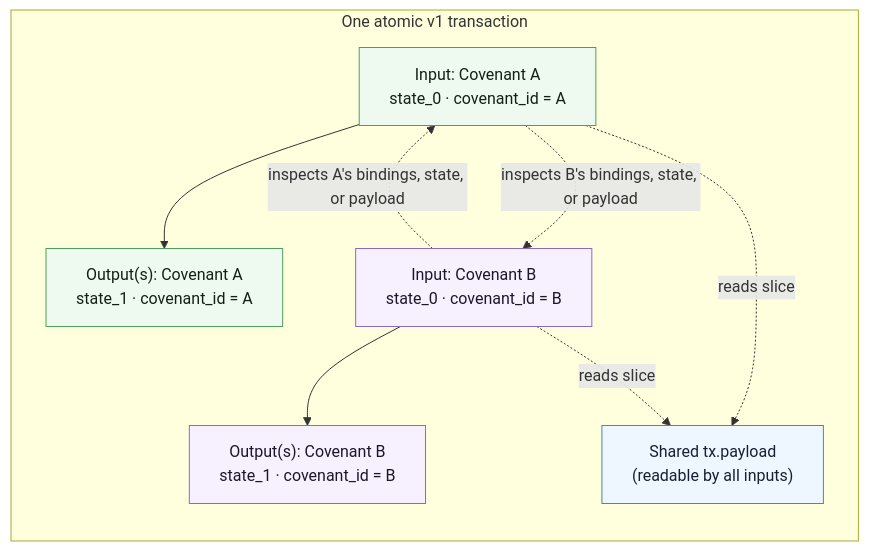
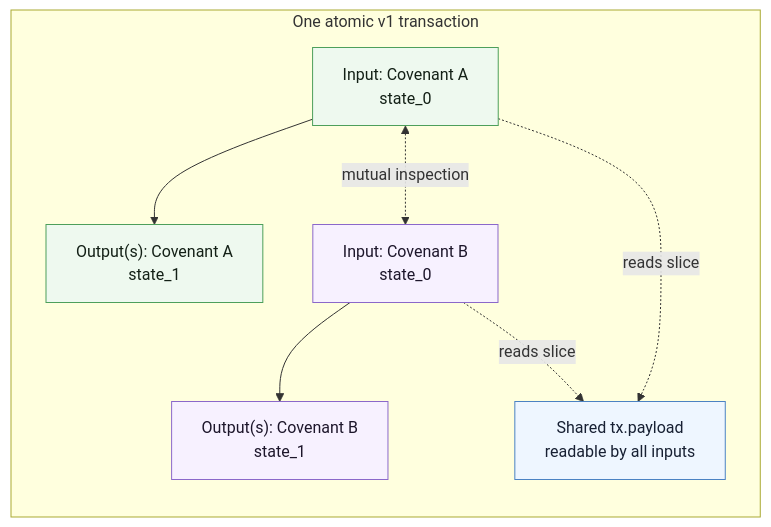
The first of 2 diagrams in content/docs/programmability/composability.mdx (kaspanet/docs), drawn with Mermaid before and after one commit.

Commit message:
Simplify ICC overview diagram labels and fix clipped inspection edge

````diff
--- a/content/docs/programmability/composability.mdx
+++ b/content/docs/programmability/composability.mdx
@@ -10,22 +10,21 @@
 ```mermaid
 flowchart TB
     classDef a fill:#eef9ef,stroke:#4d9f5b,color:#132016
     classDef b fill:#f7f1ff,stroke:#8b68ca,color:#1d162b
     classDef tx fill:#eef6ff,stroke:#4b82c3,color:#172033
 
     subgraph TX["One atomic v1 transaction"]
         direction TB
-        IA["Input: Covenant A<br/>state_0 · covenant_id = A"]:::a
-        IB["Input: Covenant B<br/>state_0 · covenant_id = B"]:::b
-        PL["Shared tx.payload<br/>(readable by all inputs)"]:::tx
-        OA["Output(s): Covenant A<br/>state_1 · covenant_id = A"]:::a
-        OB["Output(s): Covenant B<br/>state_1 · covenant_id = B"]:::b
+        IA["Input: Covenant A<br/>state_0"]:::a
+        IB["Input: Covenant B<br/>state_0"]:::b
+        PL["Shared tx.payload<br/>readable by all inputs"]:::tx
+        OA["Output(s): Covenant A<br/>state_1"]:::a
+        OB["Output(s): Covenant B<br/>state_1"]:::b
 
         IA --> OA
         IB --> OB
-        IA -. "inspects B's bindings, state, or payload" .-> IB
-        IB -. "inspects A's bindings, state, or payload" .-> IA
+        IA <-.->|"mutual inspection"| IB
         IA -. "reads slice" .-> PL
         IB -. "reads slice" .-> PL
     end
 ```
````
